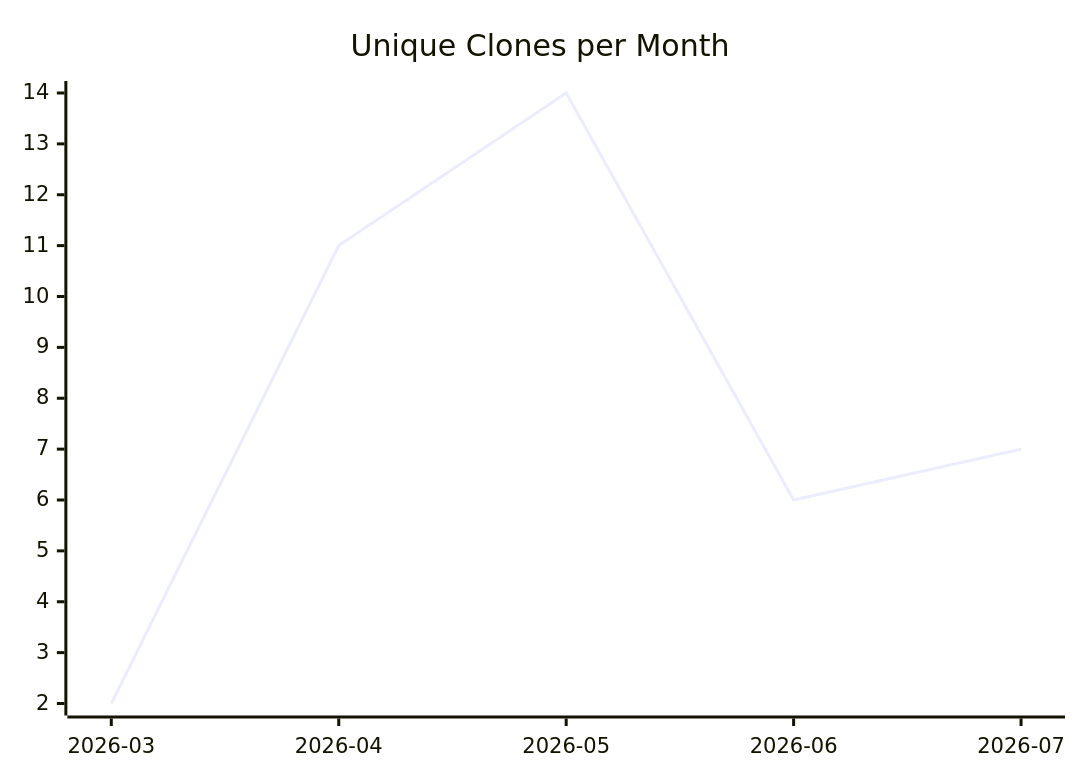
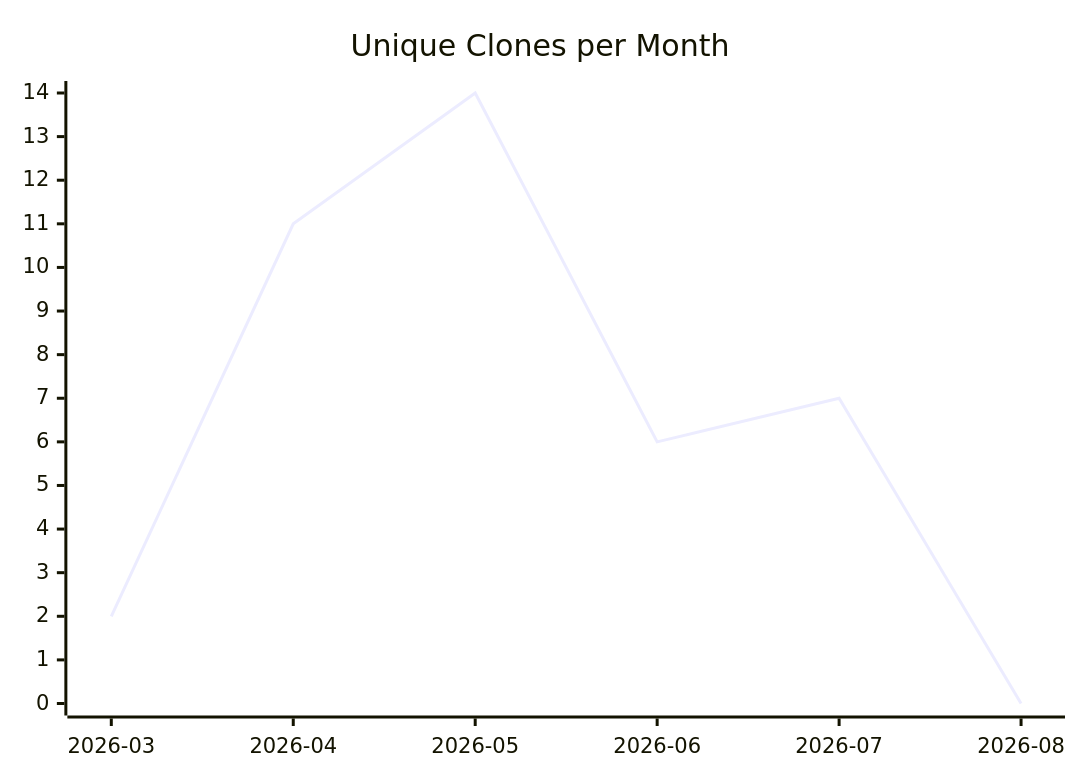
One commit to justdavis-family/github-analytics-data changed the third of 3 diagrams in karlmdavis/m2e-core/README.md. Above: the diagram before and after it, drawn with Mermaid. The commit also changed other lines of this file and 132 other files, not shown here.

````diff
--- a/karlmdavis/m2e-core/README.md
+++ b/karlmdavis/m2e-core/README.md
@@ -19,6 +19,6 @@
 ```mermaid
 xychart-beta
   title "Unique Clones per Month"
-  x-axis ["2026-03", "2026-04", "2026-05", "2026-06", "2026-07"]
-  line [2, 11, 14, 6, 7]
+  x-axis ["2026-03", "2026-04", "2026-05", "2026-06", "2026-07", "2026-08"]
+  line [2, 11, 14, 6, 7, 0]
 ```
````
